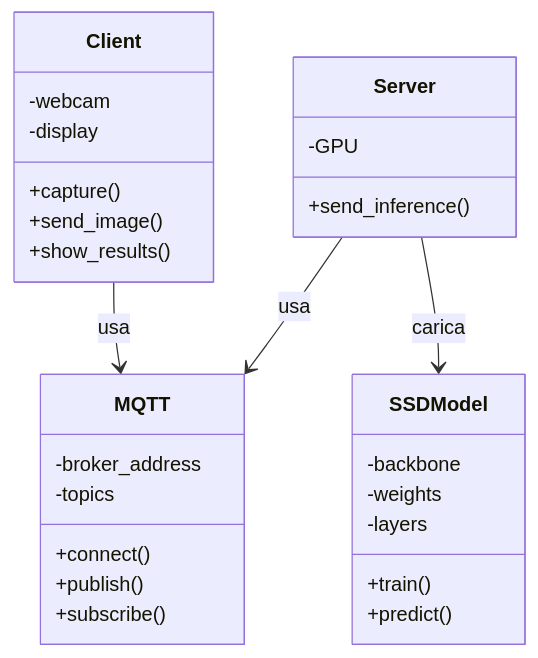
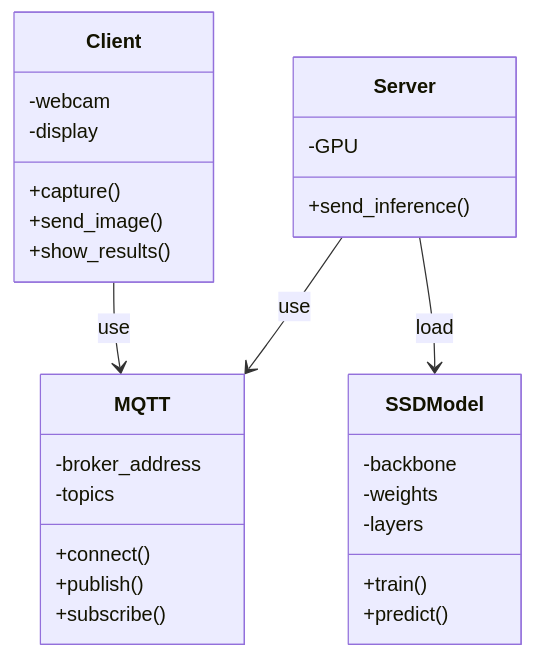
Before and after one commit to riccardosemeraro/B.O.S.S.-Branch-Bellusci-SSD300-VGG16: the fourth of 6 diagrams in README.md, drawn with Mermaid. The commit also changed other lines of this file and 1 other file, not shown here.

````diff
--- a/README.md
+++ b/README.md
@@ -443,65 +441,65 @@
 ```mermaid
 classDiagram
 
 class Client {
 
 -webcam
 
 -display
 
 +capture()
 
 +send_image()
 
 +show_results()
 
 }
 
   
 
 class MQTT{
 
 -broker_address
 
 -topics
 
 +connect()
 
 +publish()
 
 +subscribe()
 
 }
 
 class Server {
 
 -GPU
 
 +send_inference()
 
 }
 
   
 
 class SSDModel {
 
 -backbone
 
 -weights
 
 -layers
 
 +train()
 
 +predict()
 
 }
 
   
 
-Client --> MQTT : usa
+Client --> MQTT : use
 
-Server --> MQTT : usa
+Server --> MQTT : use
 
-Server --> SSDModel : carica
+Server --> SSDModel : load
 ```
````
